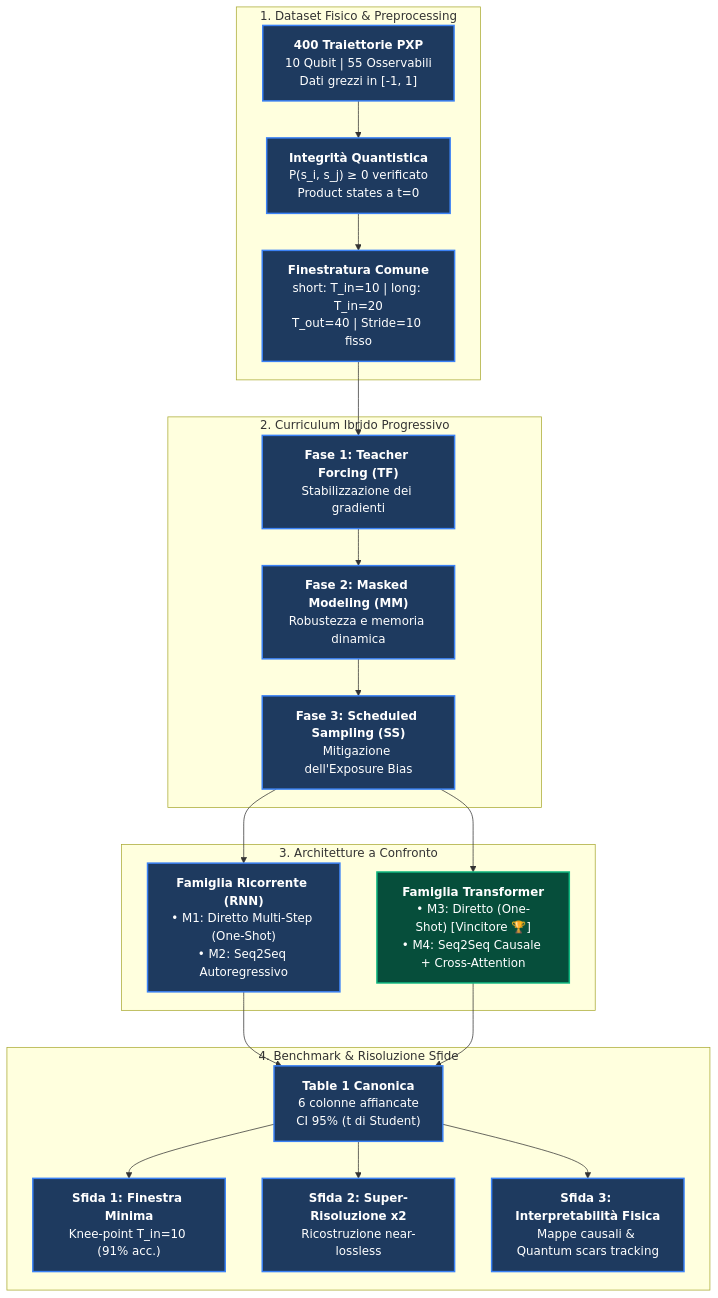
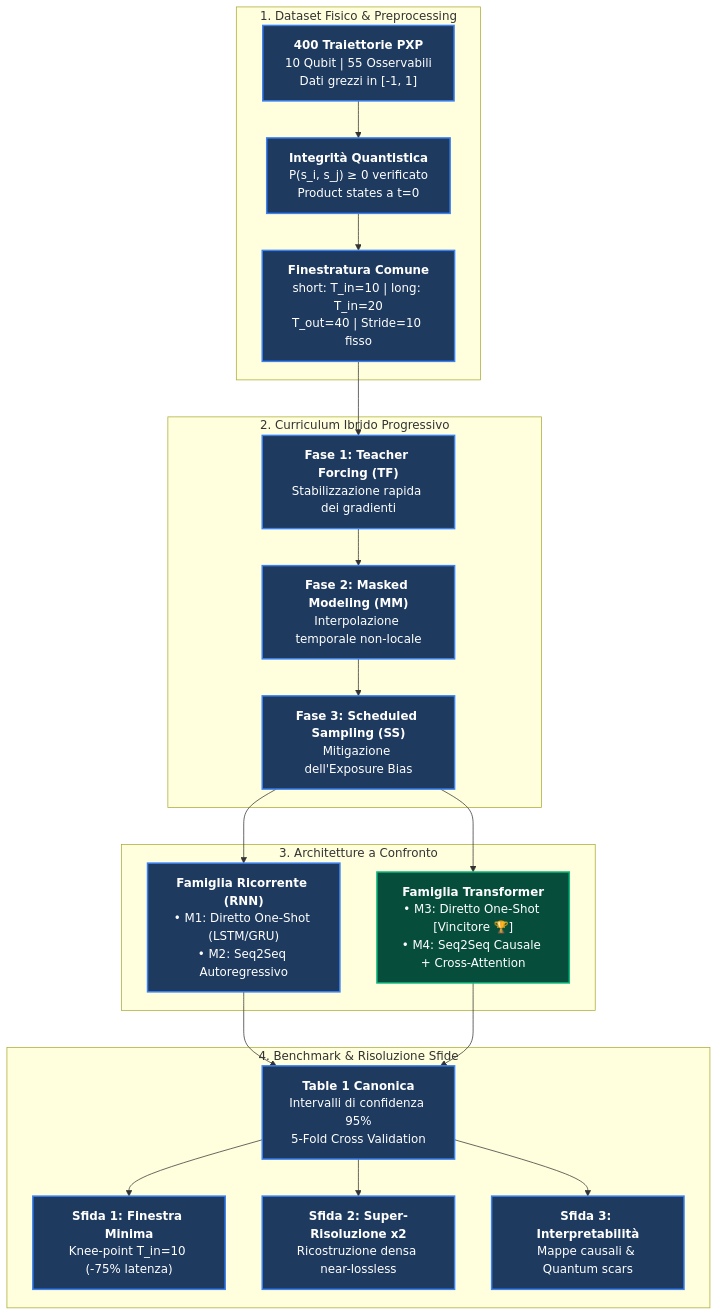
Before and after one commit to Riccardo-27/DL-Quantum: the diagram in README.md, drawn with Mermaid. The commit also changed other lines of this file, not shown here.

````diff
--- a/README.md
+++ b/README.md
@@ -34,31 +48,31 @@
 ```mermaid
 flowchart TD
     subgraph Data ["1. Dataset Fisico & Preprocessing"]
         D1["<b>400 Traiettorie PXP</b><br/>10 Qubit | 55 Osservabili<br/>Dati grezzi in [-1, 1]"] --> D2["<b>Integrità Quantistica</b><br/>P(s_i, s_j) ≥ 0 verificato<br/>Product states a t=0"]
         D2 --> D3["<b>Finestratura Comune</b><br/>short: T_in=10 | long: T_in=20<br/>T_out=40 | Stride=10 fisso"]
     end
 
     subgraph Train ["2. Curriculum Ibrido Progressivo"]
-        D3 --> T1["<b>Fase 1: Teacher Forcing (TF)</b><br/>Stabilizzazione dei gradienti"]
-        T1 --> T2["<b>Fase 2: Masked Modeling (MM)</b><br/>Robustezza e memoria dinamica"]
+        D3 --> T1["<b>Fase 1: Teacher Forcing (TF)</b><br/>Stabilizzazione rapida dei gradienti"]
+        T1 --> T2["<b>Fase 2: Masked Modeling (MM)</b><br/>Interpolazione temporale non-locale"]
         T2 --> T3["<b>Fase 3: Scheduled Sampling (SS)</b><br/>Mitigazione dell'Exposure Bias"]
     end
 
     subgraph Models ["3. Architetture a Confronto"]
-        T3 --> M_RNN["<b>Famiglia Ricorrente (RNN)</b><br/>• M1: Diretto Multi-Step (One-Shot)<br/>• M2: Seq2Seq Autoregressivo"]
-        T3 --> M_TR["<b>Famiglia Transformer</b><br/>• M3: Diretto (One-Shot) [Vincitore 🏆]<br/>• M4: Seq2Seq Causale + Cross-Attention"]
+        T3 --> M_RNN["<b>Famiglia Ricorrente (RNN)</b><br/>• M1: Diretto One-Shot (LSTM/GRU)<br/>• M2: Seq2Seq Autoregressivo"]
+        T3 --> M_TR["<b>Famiglia Transformer</b><br/>• M3: Diretto One-Shot [Vincitore 🏆]<br/>• M4: Seq2Seq Causale + Cross-Attention"]
     end
 
     subgraph Eval ["4. Benchmark & Risoluzione Sfide"]
-        M_RNN --> E1["<b>Table 1 Canonica</b><br/>6 colonne affiancate<br/>CI 95% (t di Student)"]
+        M_RNN --> E1["<b>Table 1 Canonica</b><br/>Intervalli di confidenza 95%<br/>5-Fold Cross Validation"]
         M_TR --> E1
-        E1 --> S1["<b>Sfida 1: Finestra Minima</b><br/>Knee-point T_in=10 (91% acc.)"]
-        E1 --> S2["<b>Sfida 2: Super-Risoluzione x2</b><br/>Ricostruzione near-lossless"]
-        E1 --> S3["<b>Sfida 3: Interpretabilità Fisica</b><br/>Mappe causali & Quantum scars tracking"]
+        E1 --> S1["<b>Sfida 1: Finestra Minima</b><br/>Knee-point T_in=10 (-75% latenza)"]
+        E1 --> S2["<b>Sfida 2: Super-Risoluzione x2</b><br/>Ricostruzione densa near-lossless"]
+        E1 --> S3["<b>Sfida 3: Interpretabilità</b><br/>Mappe causali & Quantum scars"]
     end
 
     classDef highlight fill:#1e3a5f,stroke:#3b82f6,stroke-width:2px,color:#ffffff;
     classDef winner fill:#064e3b,stroke:#10b981,stroke-width:2px,color:#ffffff;
     class D1,D2,D3,T1,T2,T3,M_RNN,E1,S1,S2,S3 highlight;
     class M_TR winner;
 ```
````
